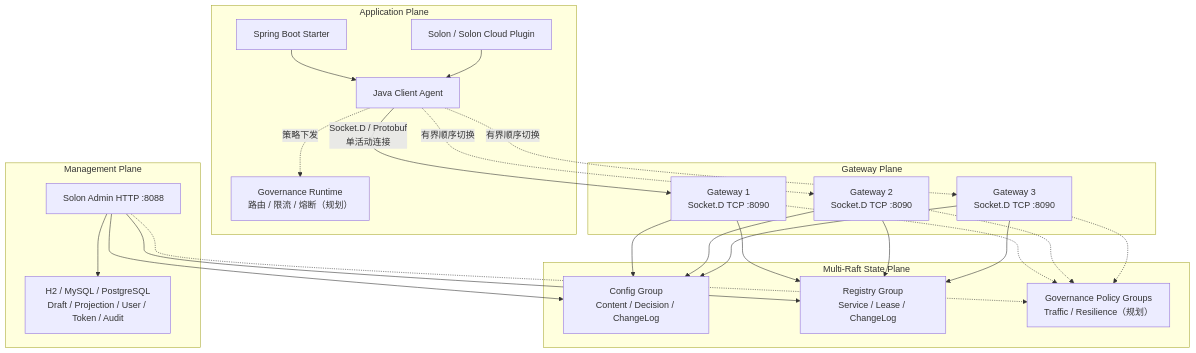
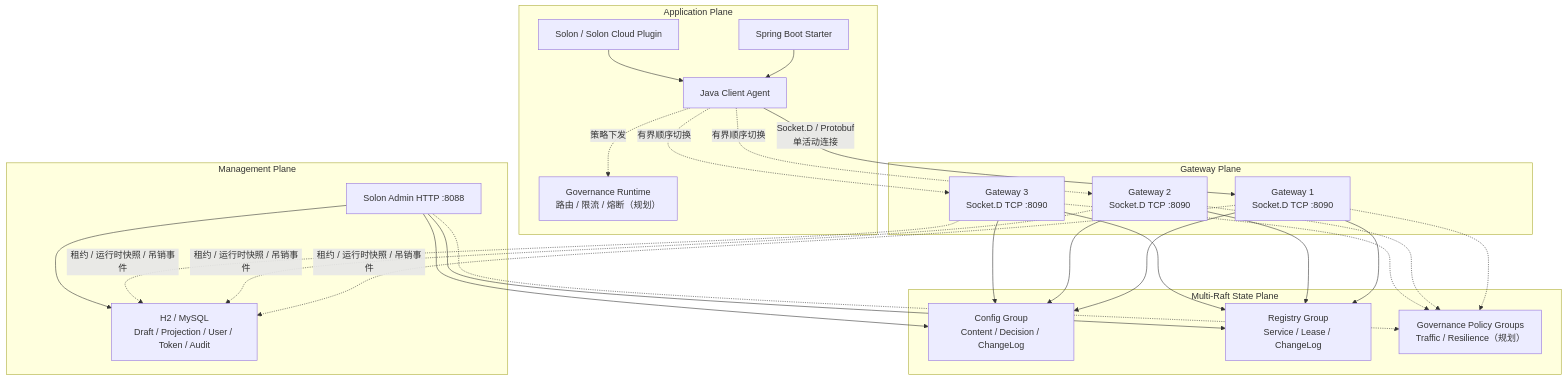
Before and after one commit to wang-jianwu/xuantong: the first of 3 diagrams in doc/architecture.md, drawn with Mermaid. The commit also changed other lines of this file and 304 other files, not shown here.

````diff
--- a/doc/architecture.md
+++ b/doc/architecture.md
@@ -56,46 +57,49 @@
 ```mermaid
 flowchart TB
     subgraph APP["Application Plane"]
         SB["Spring Boot Starter"]
         SOLON["Solon / Solon Cloud Plugin"]
         SDK["Java Client Agent"]
         GR["Governance Runtime\n路由 / 限流 / 熔断（规划）"]
         SB --> SDK
         SOLON --> SDK
         SDK -. "策略下发" .-> GR
     end
 
     subgraph GW["Gateway Plane"]
         G1["Gateway 1\nSocket.D TCP :8090"]
         G2["Gateway 2\nSocket.D TCP :8090"]
         G3["Gateway 3\nSocket.D TCP :8090"]
     end
 
     subgraph STATE["Multi-Raft State Plane"]
         CG["Config Group\nContent / Decision / ChangeLog"]
         RG["Registry Group\nService / Lease / ChangeLog"]
         GG["Governance Policy Groups\nTraffic / Resilience（规划）"]
     end
 
     subgraph MGMT["Management Plane"]
         ADMIN["Solon Admin HTTP :8088"]
-        DB["H2 / MySQL / PostgreSQL\nDraft / Projection / User / Token / Audit"]
+        DB["H2 / MySQL\nDraft / Projection / User / Token / Audit"]
     end
 
     SDK -->|"Socket.D / Protobuf\n单活动连接"| G1
     SDK -. "有界顺序切换" .-> G2
     SDK -. "有界顺序切换" .-> G3
     G1 --> CG
     G1 --> RG
     G1 -.-> GG
     G2 --> CG
     G2 --> RG
     G2 -.-> GG
     G3 --> CG
     G3 --> RG
     G3 -.-> GG
+    G1 -. "租约 / 运行时快照 / 吊销事件" .-> DB
+    G2 -. "租约 / 运行时快照 / 吊销事件" .-> DB
+    G3 -. "租约 / 运行时快照 / 吊销事件" .-> DB
     ADMIN --> DB
     ADMIN --> CG
     ADMIN --> RG
     ADMIN -.-> GG
 ```
````
